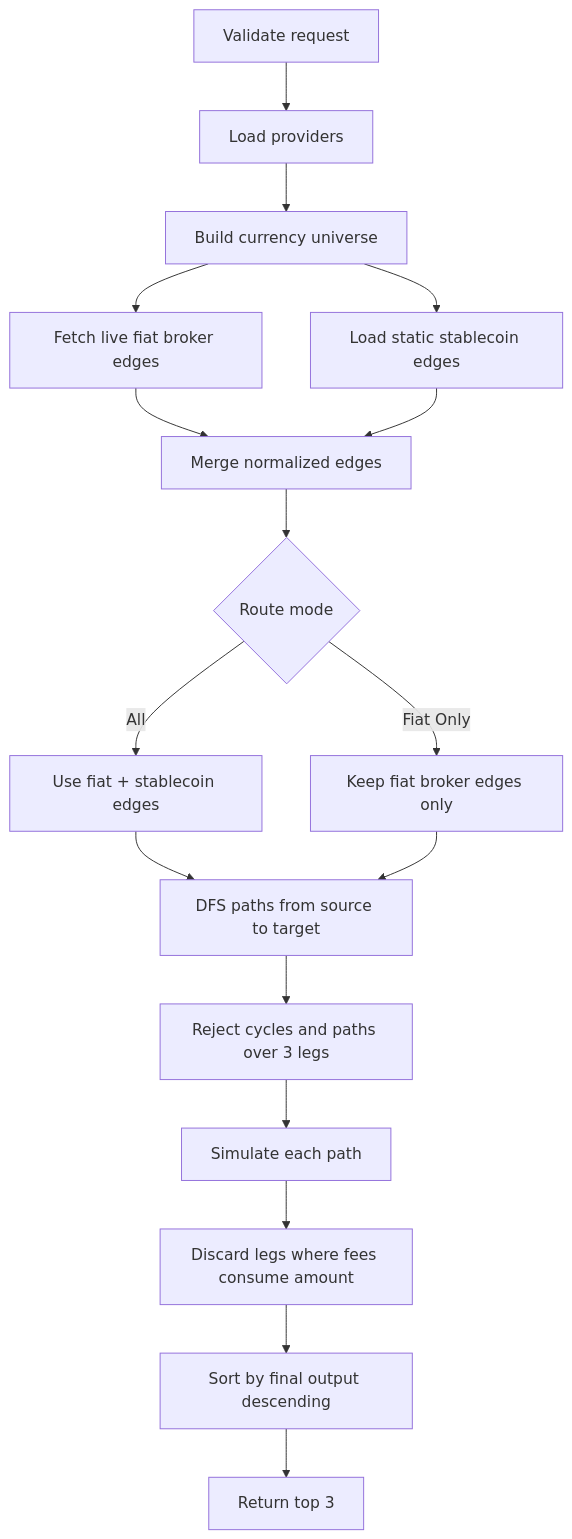
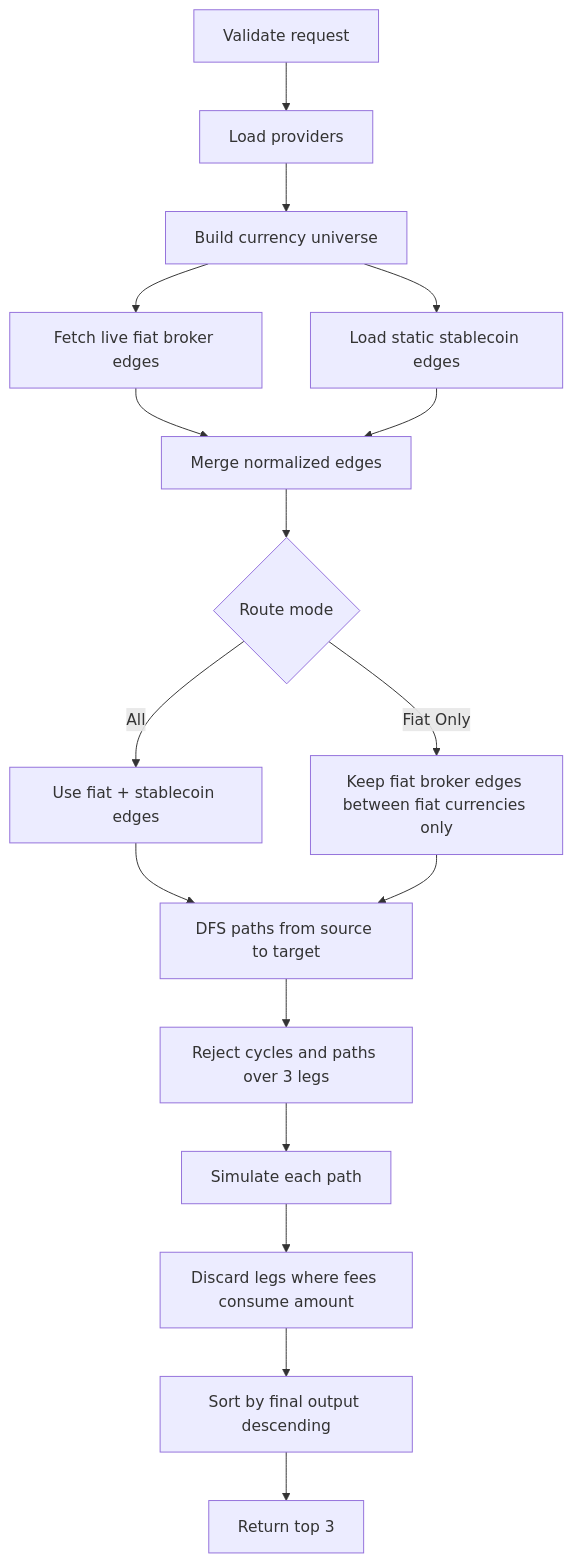
One commit to 1kdelyukin/Multi-Leg-FX-Routing changed the fourth of 7 diagrams in README.md. Above: the diagram before and after it, drawn with Mermaid. The commit also changed other lines of this file and 6 other files, not shown here.

````diff
--- a/README.md
+++ b/README.md
@@ -381,19 +381,19 @@
 ```mermaid
 flowchart TD
   A["Validate request"] --> B["Load providers"]
   B --> C["Build currency universe"]
   C --> D["Fetch live fiat broker edges"]
   C --> E["Load static stablecoin edges"]
   D --> F["Merge normalized edges"]
   E --> F
   F --> G{"Route mode"}
   G -->|All| H["Use fiat + stablecoin edges"]
-  G -->|Fiat Only| I["Keep fiat broker edges only"]
+  G -->|Fiat Only| I["Keep fiat broker edges between fiat currencies only"]
   H --> J["DFS paths from source to target"]
   I --> J
   J --> K["Reject cycles and paths over 3 legs"]
   K --> L["Simulate each path"]
   L --> M["Discard legs where fees consume amount"]
   M --> N["Sort by final output descending"]
   N --> O["Return top 3"]
 ```
````
